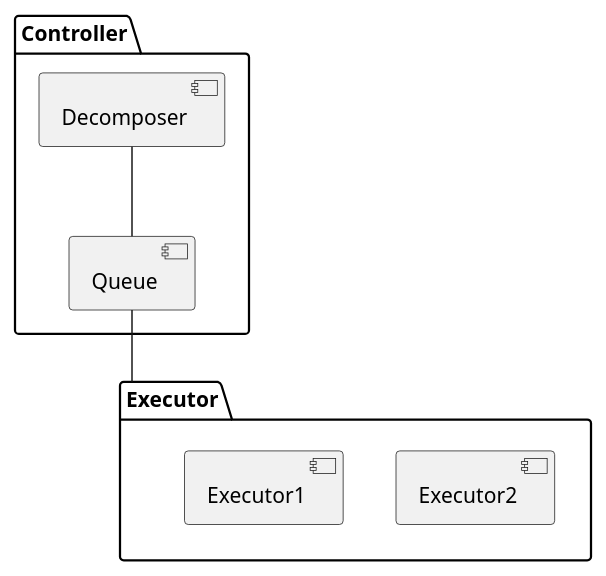
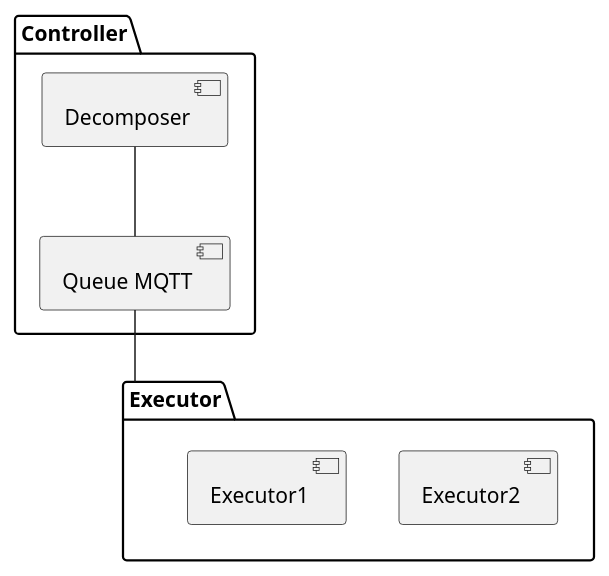
One commit to COSSAS/SOARCA changed the first of 4 diagrams in doc/executer.adoc. Above: the diagram before and after it, drawn with PlantUML. The commit also changed other lines of this file and 16 other files, not shown here.

```diff
--- a/doc/executer.adoc
+++ b/doc/executer.adoc
@@ -14,16 +14,16 @@
 [plantuml, target=soar-ca-executer-components]
 ....
 @startuml
 
 package "Controller" {
 component Decomposer as parser
-component Queue as queue
+component "Queue MQTT" as queue
 }
 package "Executor" {
 component Executor2 as exe2
 component Executor1 as exe1
 }
 parser -- queue
 queue -- Executor
 @enduml
 ....
```
